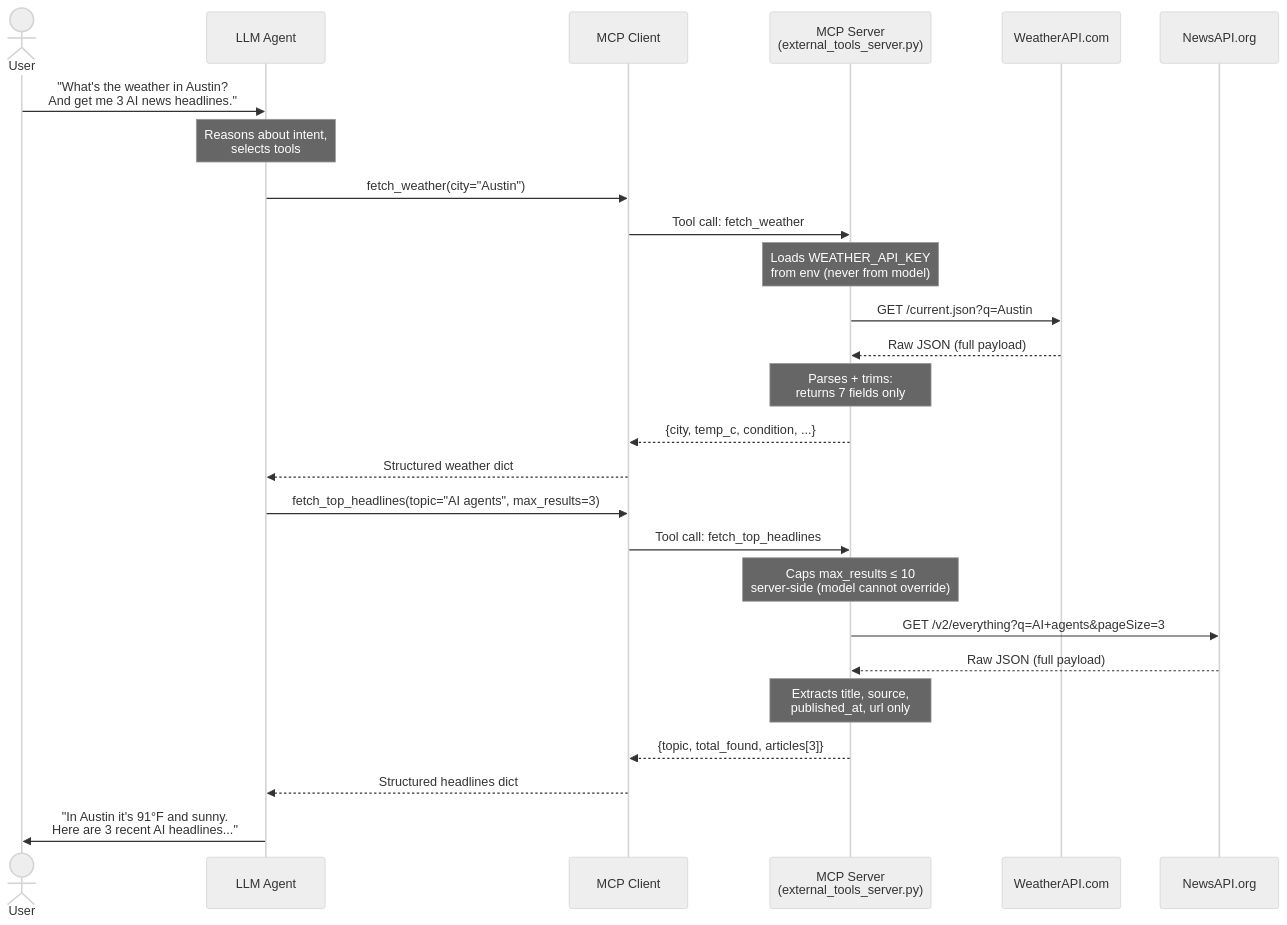
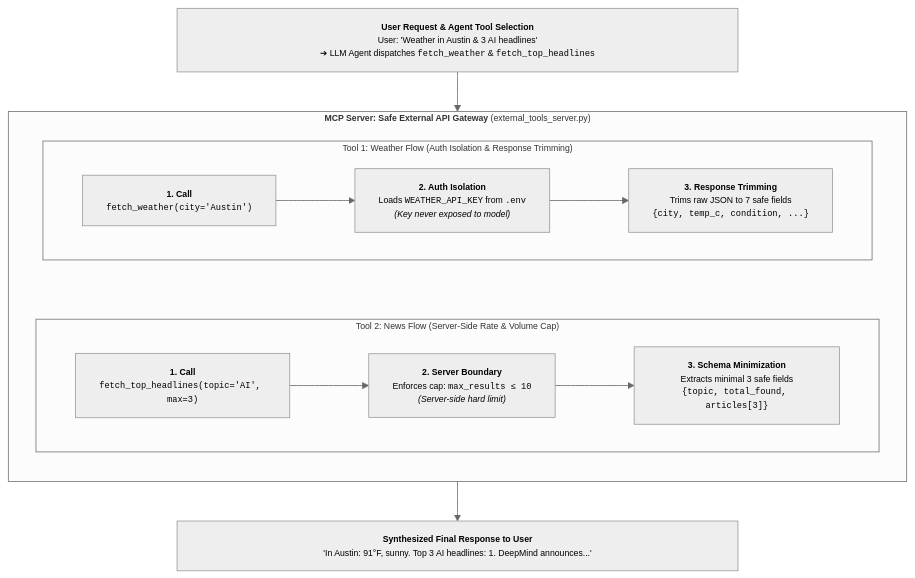
One commit to the-write-path-code/ch08-model-context-protocol changed the fifth of 8 diagrams in workflow/workflow.md. Above: the diagram before and after it, drawn with Mermaid. The commit also changed other lines of this file, not shown here.

Commit message:
Update Diagram 8.3 and 8.4b to readable flowchart sequence layouts

````diff
--- a/workflow/workflow.md
+++ b/workflow/workflow.md
@@ -135,34 +135,32 @@
 ```mermaid
 %%{init: {"theme": "neutral", "themeVariables": {"fontFamily": "Arial, Helvetica, sans-serif", "fontSize": "11px", "actorFontSize": "11px", "noteFontSize": "10px", "messageFontSize": "10px"}}}%%
-sequenceDiagram
-    actor User
-    participant Agent as LLM Agent
-    participant Client as MCP Client
-    participant Server as MCP Server<br/>(external_tools_server.py)
-    participant WeatherAPI as WeatherAPI.com
-    participant NewsAPI as NewsAPI.org
+flowchart TD
+    TOP["<div style='min-width: 650px;'><b>User Request & Agent Tool Selection</b><br/>User: 'Weather in Austin & 3 AI headlines'<br/>➔ LLM Agent dispatches <code>fetch_weather</code> & <code>fetch_top_headlines</code></div>"]
 
-    User->>Agent: "What's the weather in Austin?<br/>And get me 3 AI news headlines."
+    subgraph GW ["<b>MCP Server: Safe External API Gateway</b> (external_tools_server.py)"]
+        direction TB
 
-    Note over Agent: Reasons about intent,<br/>selects tools
+        subgraph ROW1 ["Tool 1: Weather Flow (Auth Isolation & Response Trimming)"]
+            direction LR
+            W1["<b>1. Call</b><br/><code>fetch_weather(city='Austin')</code>"]
+            W2["<b>2. Auth Isolation</b><br/>Loads <code>WEATHER_API_KEY</code> from <code>.env</code><br/><i>(Key never exposed to model)</i>"]
+            W3["<b>3. Response Trimming</b><br/>Trims raw JSON to 7 safe fields<br/><code>{city, temp_c, condition, ...}</code>"]
+            W1 --> W2 --> W3
+        end
 
-    Agent->>Client: fetch_weather(city="Austin")
-    Client->>Server: Tool call: fetch_weather
-    Note over Server: Loads WEATHER_API_KEY<br/>from env (never from model)
-    Server->>WeatherAPI: GET /current.json?q=Austin
-    WeatherAPI-->>Server: Raw JSON (full payload)
-    Note over Server: Parses + trims:<br/>returns 7 fields only
-    Server-->>Client: {city, temp_c, condition, ...}
-    Client-->>Agent: Structured weather dict
+        subgraph ROW2 ["Tool 2: News Flow (Server-Side Rate & Volume Cap)"]
+            direction LR
+            N1["<b>1. Call</b><br/><code>fetch_top_headlines(topic='AI', max=3)</code>"]
+            N2["<b>2. Server Boundary</b><br/>Enforces cap: <code>max_results ≤ 10</code><br/><i>(Server-side hard limit)</i>"]
+            N3["<b>3. Schema Minimization</b><br/>Extracts minimal 3 safe fields<br/><code>{topic, total_found, articles[3]}</code>"]
+            N1 --> N2 --> N3
+        end
 
-    Agent->>Client: fetch_top_headlines(topic="AI agents", max_results=3)
-    Client->>Server: Tool call: fetch_top_headlines
-    Note over Server: Caps max_results ≤ 10<br/>server-side (model cannot override)
-    Server->>NewsAPI: GET /v2/everything?q=AI+agents&pageSize=3
-    NewsAPI-->>Server: Raw JSON (full payload)
-    Note over Server: Extracts title, source,<br/>published_at, url only
-    Server-->>Client: {topic, total_found, articles[3]}
-    Client-->>Agent: Structured headlines dict
+        ROW1 ~~~ ROW2
+    end
 
-    Agent->>User: "In Austin it's 91°F and sunny.<br/>Here are 3 recent AI headlines..."
+    BOT["<div style='min-width: 650px;'><b>Synthesized Final Response to User</b><br/>'In Austin: 91°F, sunny. Top 3 AI headlines: 1. DeepMind announces...'</div>"]
+
+    TOP --> GW
+    GW --> BOT
 ```
````
